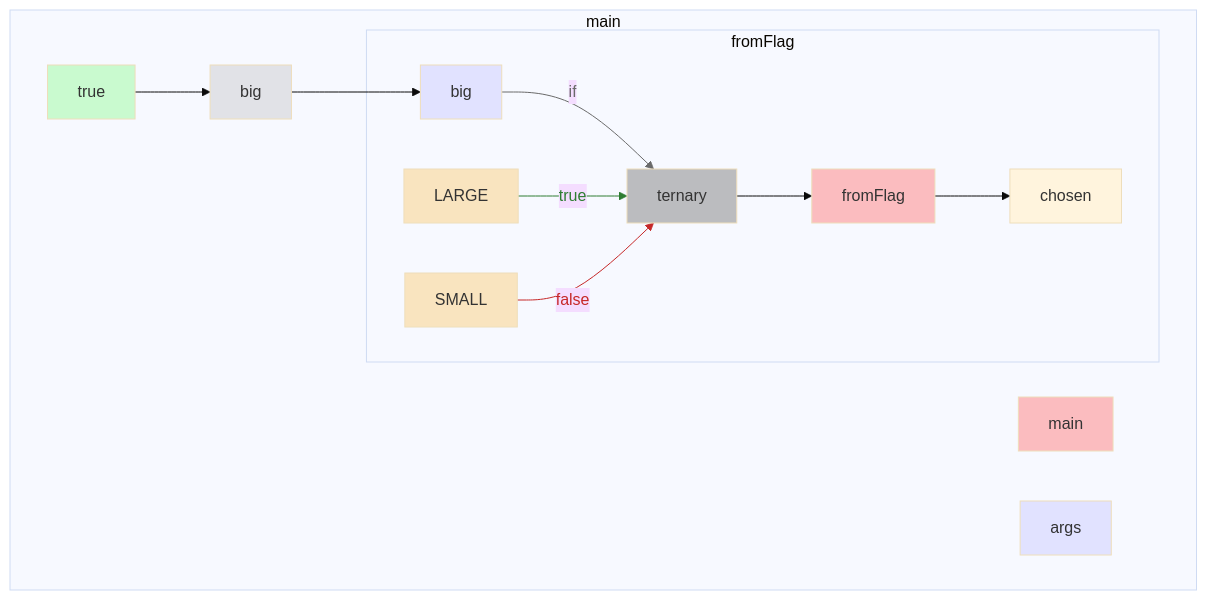
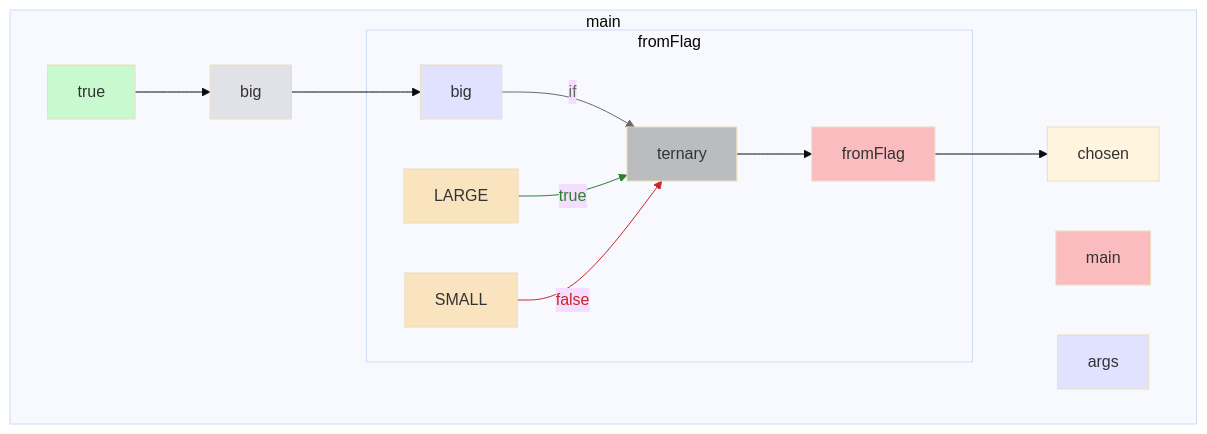
The diagram in app/src/test/resources/enumConstant/truth.md (gstiebler/codeflow), drawn with Mermaid (base theme) before and after one commit. The commit also changed 34 other files, not shown here.

````diff
--- a/app/src/test/resources/enumConstant/truth.md
+++ b/app/src/test/resources/enumConstant/truth.md
@@ -1,34 +1,34 @@
 ```mermaid
 flowchart TD
   subgraph b0["main"]
     n1[main]:::RETURN
     n2[args]:::FUNC_PARAM
     n3[true]:::LITERAL
     n4[big]:::VARIABLE
     n11[chosen]:::OBJ_VARIABLE
     n3[true]:::LITERAL --> n4[big]:::VARIABLE
     n4[big]:::VARIABLE --> n7[big]:::FUNC_PARAM
+    n6[fromFlag]:::RETURN --> n11[chosen]:::OBJ_VARIABLE
     subgraph b5["fromFlag"]
       n6[fromFlag]:::RETURN
       n7[big]:::FUNC_PARAM
       n8[LARGE]:::EXTERNAL
       n9[SMALL]:::EXTERNAL
       n10[ternary]:::BIN_OP
-      n6[fromFlag]:::RETURN --> n11[chosen]:::OBJ_VARIABLE
       n7[big]:::FUNC_PARAM -->|if| n10[ternary]:::BIN_OP
       n8[LARGE]:::EXTERNAL -->|true| n10[ternary]:::BIN_OP
       n9[SMALL]:::EXTERNAL -->|false| n10[ternary]:::BIN_OP
       n10[ternary]:::BIN_OP --> n6[fromFlag]:::RETURN
     end
   end
   linkStyle 3 stroke:#6a6a6a,color:#6a6a6a
   linkStyle 4 stroke:#2e7d32,color:#2e7d32
   linkStyle 5 stroke:#c62828,color:#c62828
   classDef LITERAL fill:#00FF0030
   classDef VARIABLE fill:#80808030
   classDef BIN_OP fill:#80808080
   classDef FUNC_PARAM fill:#8080FF30
   classDef RETURN fill:#FF808080
   classDef EXTERNAL fill:#FFA50040
   classDef UNMODELLED fill:#FF000030,stroke-dasharray: 4 2
 ```
````
